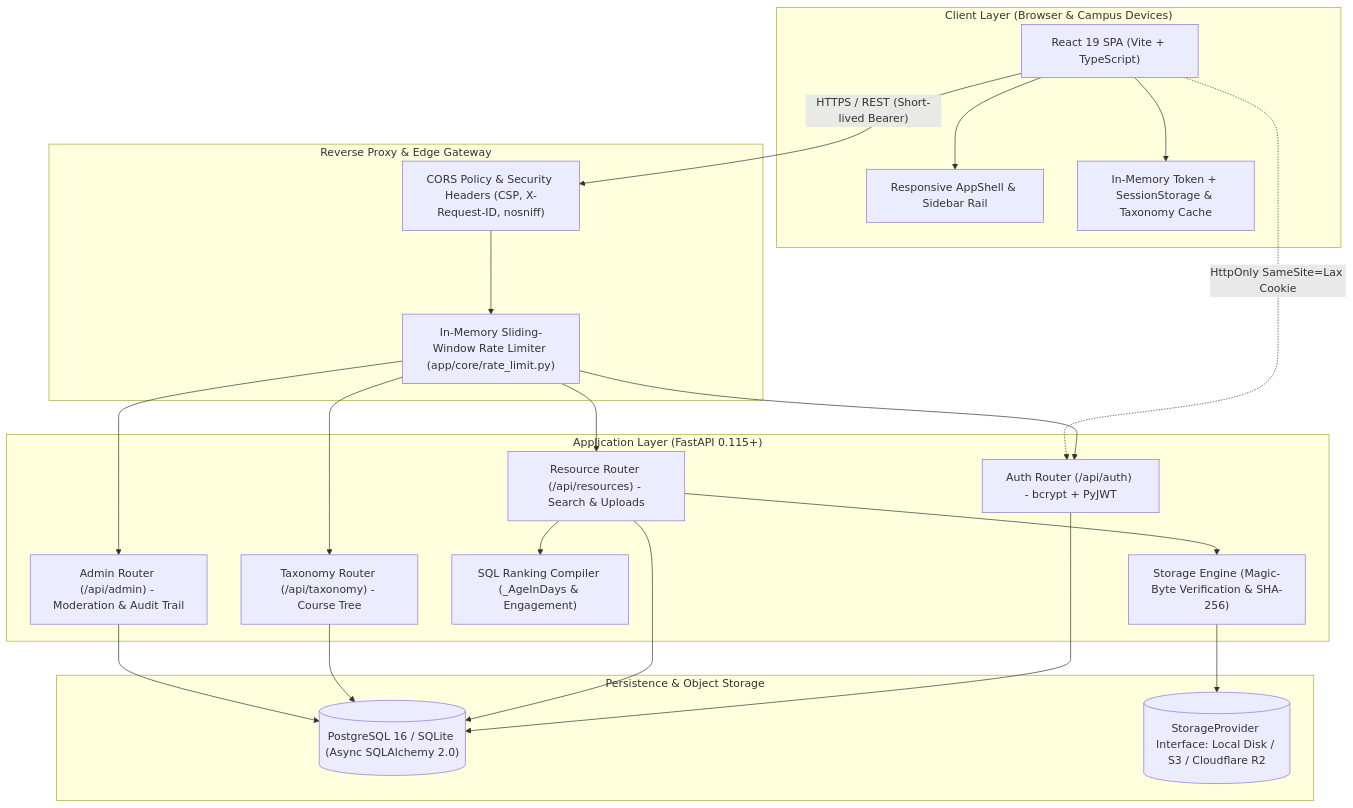
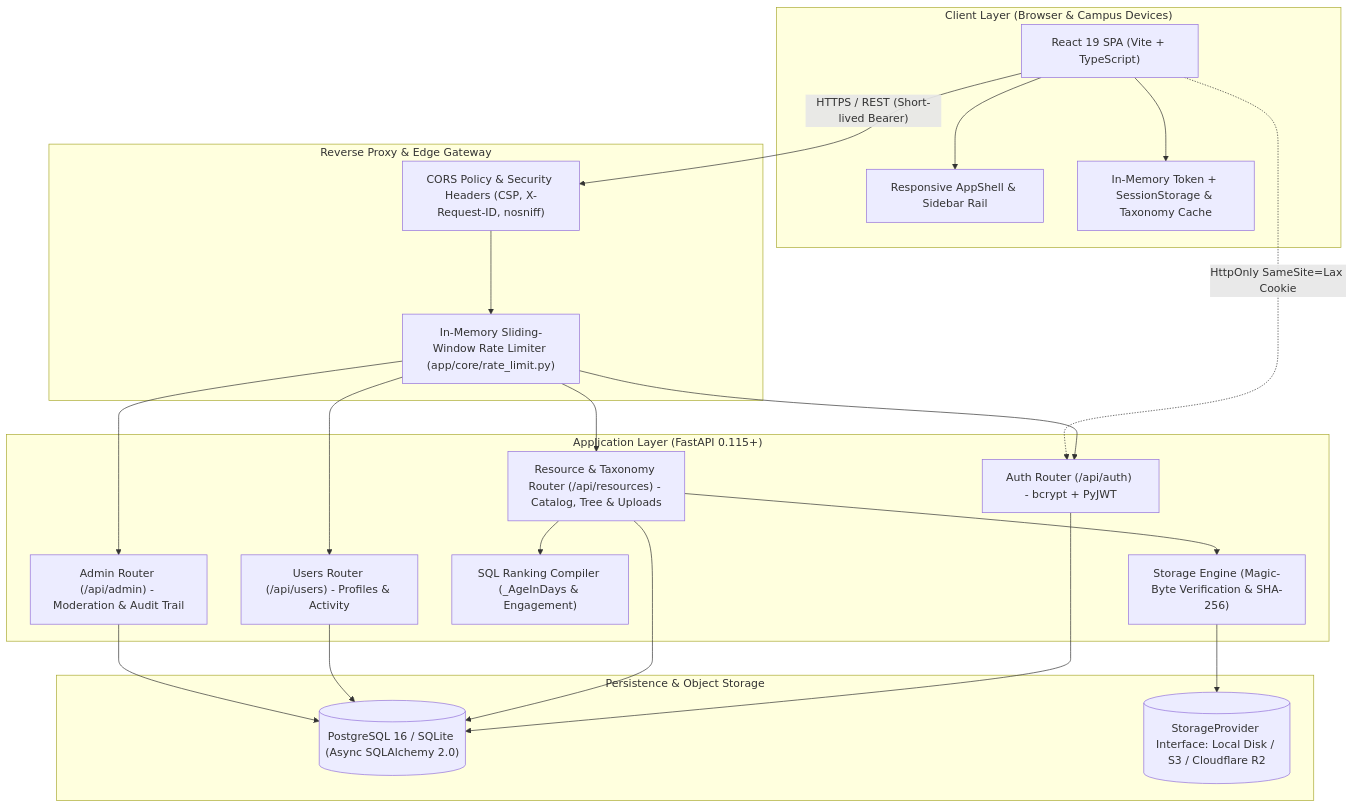
The first of 2 diagrams in README.md (navya27-0/StudyShare), drawn with Mermaid before and after one commit. The commit also changed other lines of this file and 11 other files, not shown here.

````diff
--- a/README.md
+++ b/README.md
@@ -74,46 +74,46 @@
 ```mermaid
 flowchart TD
     subgraph Client ["Client Layer (Browser & Campus Devices)"]
         SPA["React 19 SPA (Vite + TypeScript)"]
         AppShell["Responsive AppShell & Sidebar Rail"]
         StorageEngine["In-Memory Token + SessionStorage & Taxonomy Cache"]
         SPA --> AppShell
         SPA --> StorageEngine
     end
 
     subgraph Gateway ["Reverse Proxy & Edge Gateway"]
         CORS["CORS Policy & Security Headers (CSP, X-Request-ID, nosniff)"]
         RateLimiter["In-Memory Sliding-Window Rate Limiter (app/core/rate_limit.py)"]
         CORS --> RateLimiter
     end
 
     subgraph Backend ["Application Layer (FastAPI 0.115+)"]
         AuthRouter["Auth Router (/api/auth) - bcrypt + PyJWT"]
-        ResourceRouter["Resource Router (/api/resources) - Search & Uploads"]
-        TaxonomyRouter["Taxonomy Router (/api/taxonomy) - Course Tree"]
+        ResourceRouter["Resource & Taxonomy Router (/api/resources) - Catalog, Tree & Uploads"]
+        UsersRouter["Users Router (/api/users) - Profiles & Activity"]
         AdminRouter["Admin Router (/api/admin) - Moderation & Audit Trail"]
         RankingCompiler["SQL Ranking Compiler (_AgeInDays & Engagement)"]
         FileValidator["Storage Engine (Magic-Byte Verification & SHA-256)"]
 
         RateLimiter --> AuthRouter
         RateLimiter --> ResourceRouter
-        RateLimiter --> TaxonomyRouter
+        RateLimiter --> UsersRouter
         RateLimiter --> AdminRouter
 
         ResourceRouter --> RankingCompiler
         ResourceRouter --> FileValidator
     end
 
     subgraph Data ["Persistence & Object Storage"]
         DB[("PostgreSQL 16 / SQLite (Async SQLAlchemy 2.0)")]
         DiskStorage[("StorageProvider Interface: Local Disk / S3 / Cloudflare R2")]
     end
 
     SPA -->|"HTTPS / REST (Short-lived Bearer)"| CORS
     SPA -.->|"HttpOnly SameSite=Lax Cookie"| AuthRouter
     AuthRouter --> DB
     ResourceRouter --> DB
-    TaxonomyRouter --> DB
+    UsersRouter --> DB
     AdminRouter --> DB
     FileValidator --> DiskStorage
 ```
````
